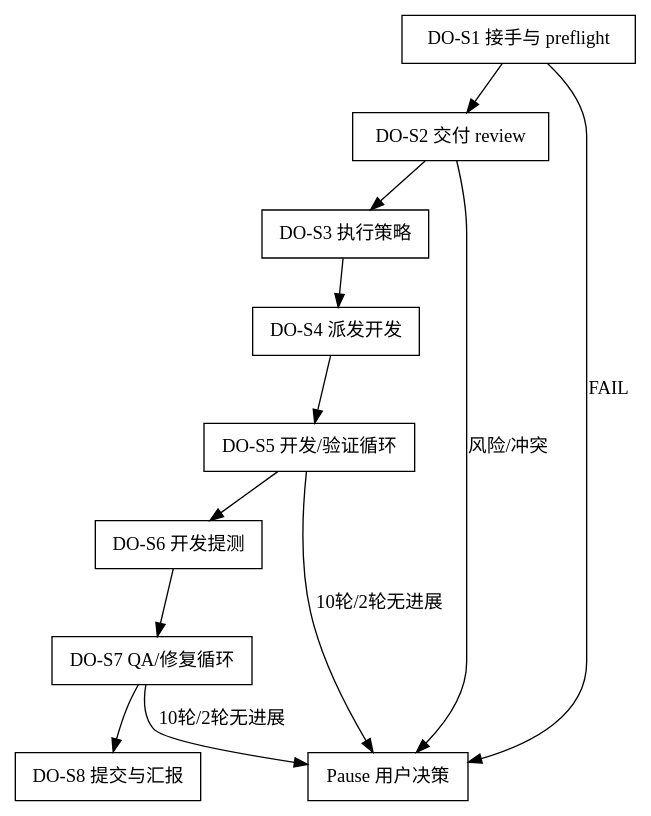
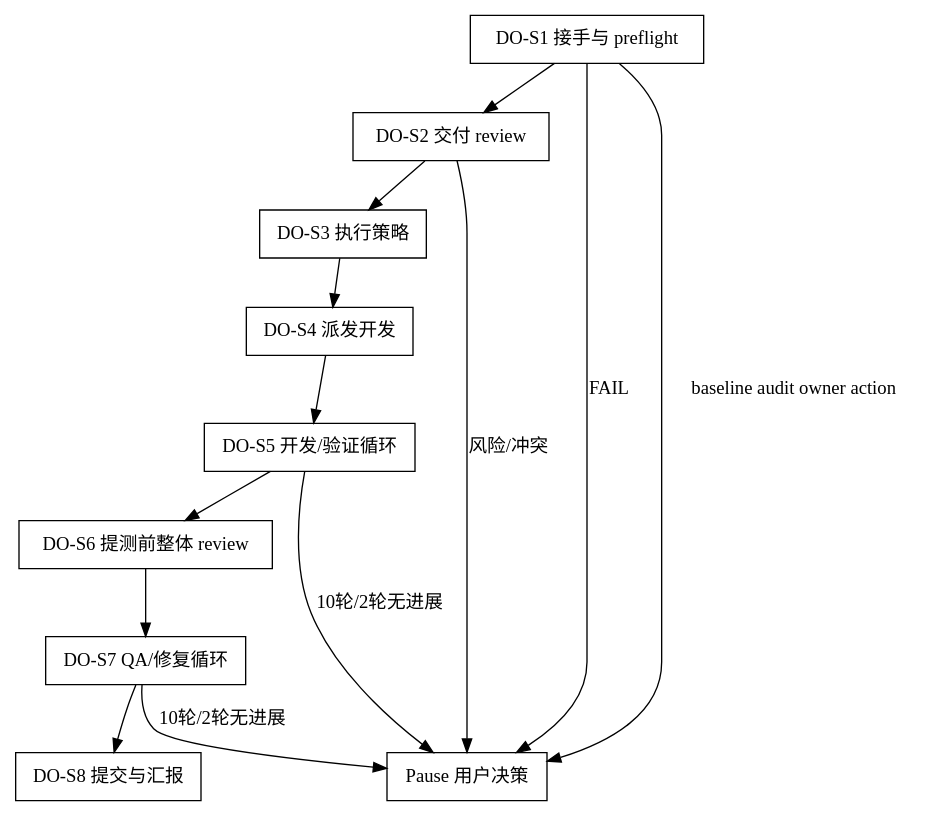
Before and after one commit to jieli-cqwl/org-claude-skills: the diagram in shared/skills/delivery-owner/SKILL.md, drawn with Graphviz. The commit also changed other lines of this file and 191 other files, not shown here.

````diff
--- a/shared/skills/delivery-owner/SKILL.md
+++ b/shared/skills/delivery-owner/SKILL.md
@@ -38,17 +39,18 @@
 ```dot
 digraph delivery_owner_flow {
   rankdir=TB;
   node [shape=box];
   "DO-S1 接手与 preflight" -> "DO-S2 交付 review";
   "DO-S2 交付 review" -> "DO-S3 执行策略";
   "DO-S3 执行策略" -> "DO-S4 派发开发";
   "DO-S4 派发开发" -> "DO-S5 开发/验证循环";
-  "DO-S5 开发/验证循环" -> "DO-S6 开发提测";
-  "DO-S6 开发提测" -> "DO-S7 QA/修复循环";
+  "DO-S5 开发/验证循环" -> "DO-S6 提测前整体 review";
+  "DO-S6 提测前整体 review" -> "DO-S7 QA/修复循环";
   "DO-S7 QA/修复循环" -> "DO-S8 提交与汇报";
   "DO-S1 接手与 preflight" -> "Pause 用户决策" [label="FAIL"];
+  "DO-S1 接手与 preflight" -> "Pause 用户决策" [label="baseline audit owner action"];
   "DO-S2 交付 review" -> "Pause 用户决策" [label="风险/冲突"];
   "DO-S5 开发/验证循环" -> "Pause 用户决策" [label="10轮/2轮无进展"];
   "DO-S7 QA/修复循环" -> "Pause 用户决策" [label="10轮/2轮无进展"];
 }
 ```
````
